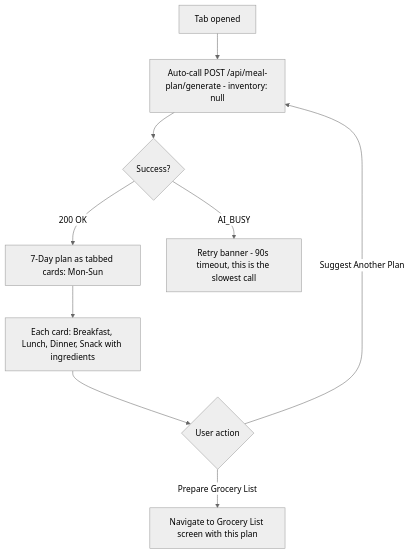
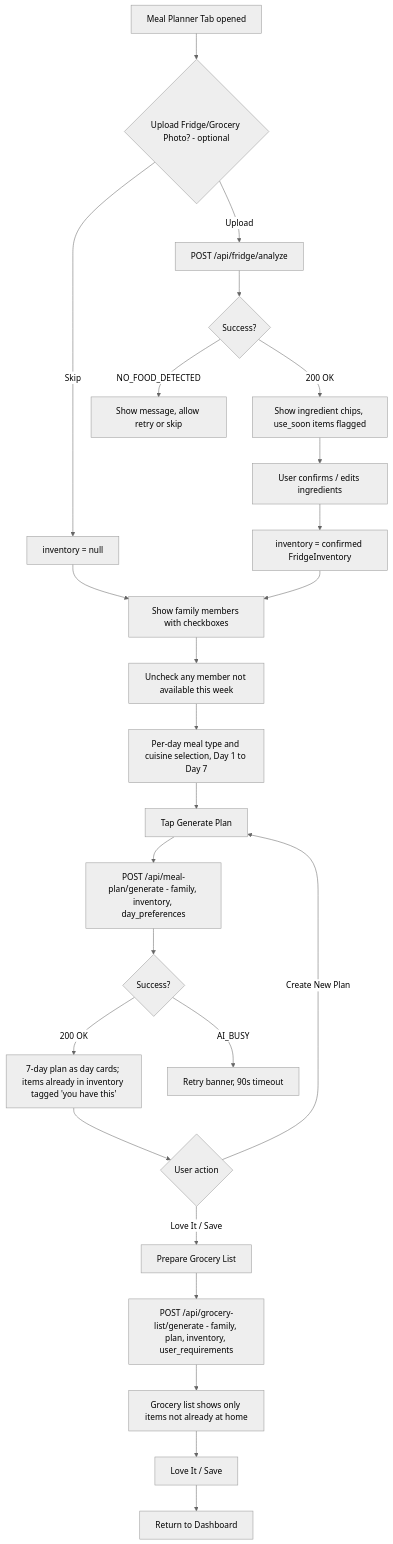
One commit to subhi19/nutriwise-ai changed the eighth of 9 diagrams in docs/frontend-flow-and-business-logic.md. Above: the diagram before and after it, drawn with Mermaid (neutral theme). The commit also changed other lines of this file, not shown here.

Commit message:
Update frontend doc v1.2: finalize per-day meal type selection

````diff
--- a/docs/frontend-flow-and-business-logic.md
+++ b/docs/frontend-flow-and-business-logic.md
@@ -258,11 +249,26 @@
 ```mermaid
 flowchart TD
-    A[Tab opened] --> B[Auto-call POST /api/meal-plan/generate - inventory: null]
-    B --> C{Success?}
-    C -->|200 OK| D[7-Day plan as tabbed cards: Mon-Sun]
-    D --> E[Each card: Breakfast, Lunch, Dinner, Snack with ingredients]
-    E --> F{User action}
-    F -->|Prepare Grocery List| G[Navigate to Grocery List screen with this plan]
-    F -->|Suggest Another Plan| B
-    C -->|AI_BUSY| H[Retry banner - 90s timeout, this is the slowest call]
+    A[Meal Planner Tab opened] --> B{Upload Fridge/Grocery Photo? - optional}
+    B -->|Skip| C[inventory = null]
+    B -->|Upload| D[POST /api/fridge/analyze]
+    D --> E{Success?}
+    E -->|NO_FOOD_DETECTED| F[Show message, allow retry or skip]
+    E -->|200 OK| G[Show ingredient chips, use_soon items flagged]
+    G --> H[User confirms / edits ingredients]
+    H --> I[inventory = confirmed FridgeInventory]
+    C --> J[Show family members with checkboxes]
+    I --> J
+    J --> K[Uncheck any member not available this week]
+    K --> L[Per-day meal type and cuisine selection, Day 1 to Day 7]
+    L --> M[Tap Generate Plan]
+    M --> N[POST /api/meal-plan/generate - family, inventory, day_preferences]
+    N --> O{Success?}
+    O -->|200 OK| P[7-day plan as day cards; items already in inventory tagged 'you have this']
+    O -->|AI_BUSY| Q[Retry banner, 90s timeout]
+    P --> R{User action}
+    R -->|Create New Plan| M
+    R -->|Love It / Save| S[Prepare Grocery List]
+    S --> T[POST /api/grocery-list/generate - family, plan, inventory, user_requirements]
+    T --> U[Grocery list shows only items not already at home]
+    U --> V[Love It / Save] --> W[Return to Dashboard]
 ```
````
